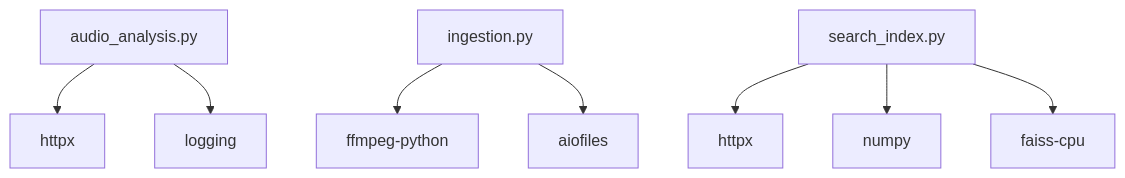
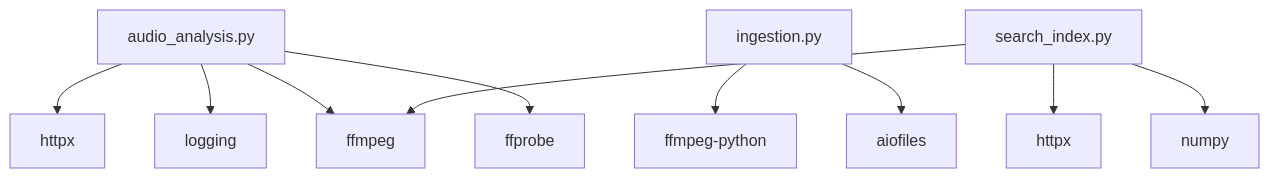
Before and after one commit to alexandreybasta-cyber/dubai-media-ai: the fourth of 5 diagrams in .qoder/repowiki/en/content/Media Processing Pipeline/Audio Analysis Stage.md, drawn with Mermaid. The commit also changed other lines of this file and 48 other files, not shown here.

````diff
--- a/.qoder/repowiki/en/content/Media Processing Pipeline/Audio Analysis Stage.md
+++ b/.qoder/repowiki/en/content/Media Processing Pipeline/Audio Analysis Stage.md
@@ -281,10 +249,12 @@
 ```mermaid
 graph TB
 A["audio_analysis.py"] --> B["httpx"]
 A --> C["logging"]
+A --> J["ffmpeg"]
+A --> K["ffprobe"]
 D["ingestion.py"] --> E["ffmpeg-python"]
 D --> F["aiofiles"]
 G["search_index.py"] --> H["httpx"]
 G --> I["numpy"]
-G --> J["faiss-cpu"]
+G --> J
 ```
````
